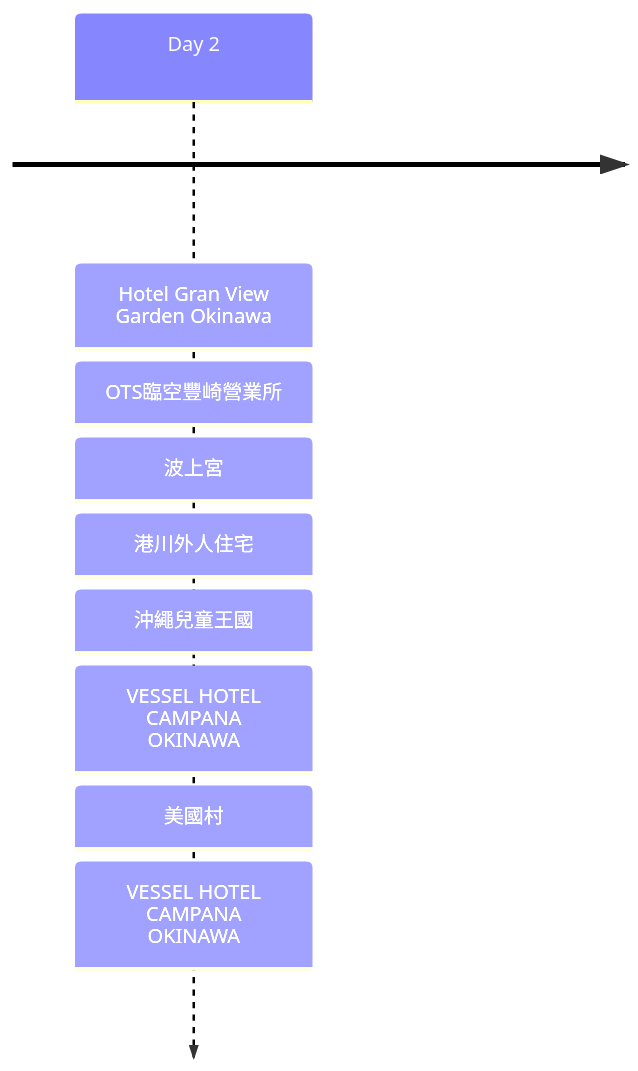
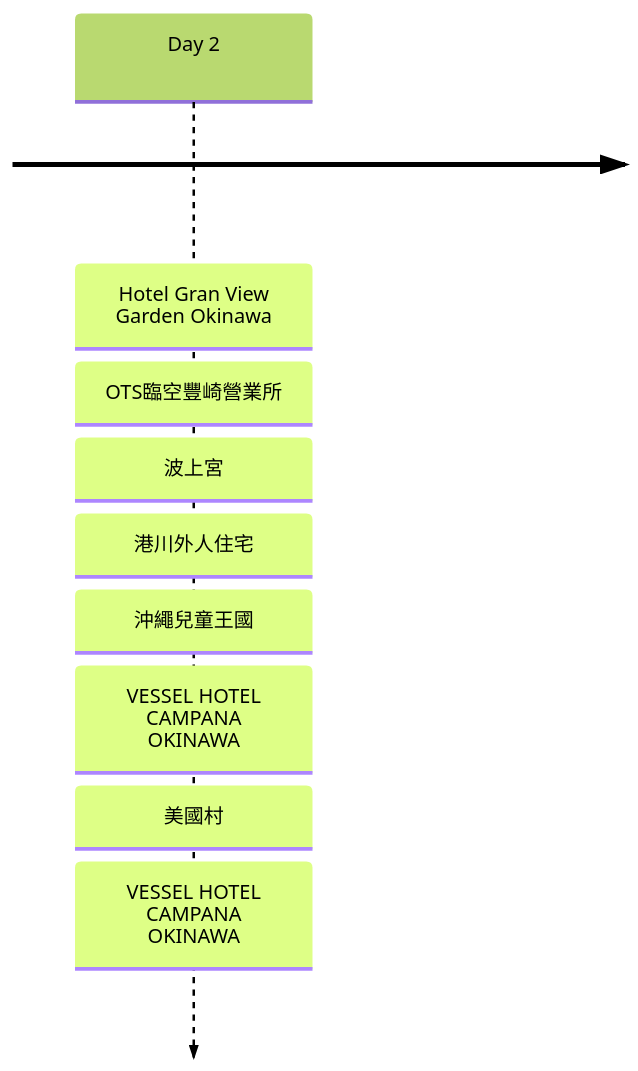
One commit to wilder640/trip changed the second of 12 diagrams in docs/blog/posts/okinawa/okinawa-2024-12/okinawa-2024-12.md. Above: the diagram before and after it, drawn with Mermaid. The commit also changed other lines of this file and 4 other files, not shown here.

````diff
--- a/docs/blog/posts/okinawa/okinawa-2024-12/okinawa-2024-12.md
+++ b/docs/blog/posts/okinawa/okinawa-2024-12/okinawa-2024-12.md
@@ -44,4 +44,5 @@
     ``` mermaid
+    %%{init: { 'logLevel': 'debug', 'theme': 'forest' } }%%
     timeline
         Day 2 : Hotel Gran View Garden Okinawa : OTS臨空豐崎營業所 : 波上宮 : 港川外人住宅 : 沖繩兒童王國 : VESSEL HOTEL CAMPANA OKINAWA : 美國村 : VESSEL HOTEL CAMPANA OKINAWA
     ```
````
